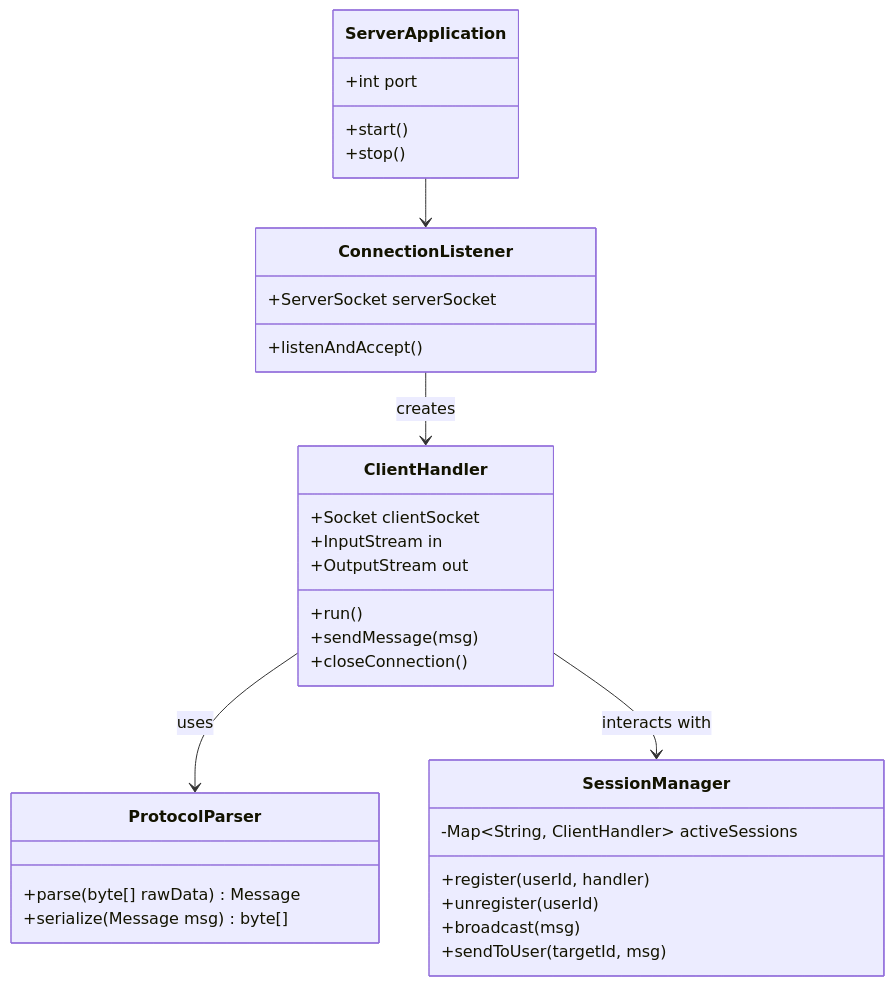
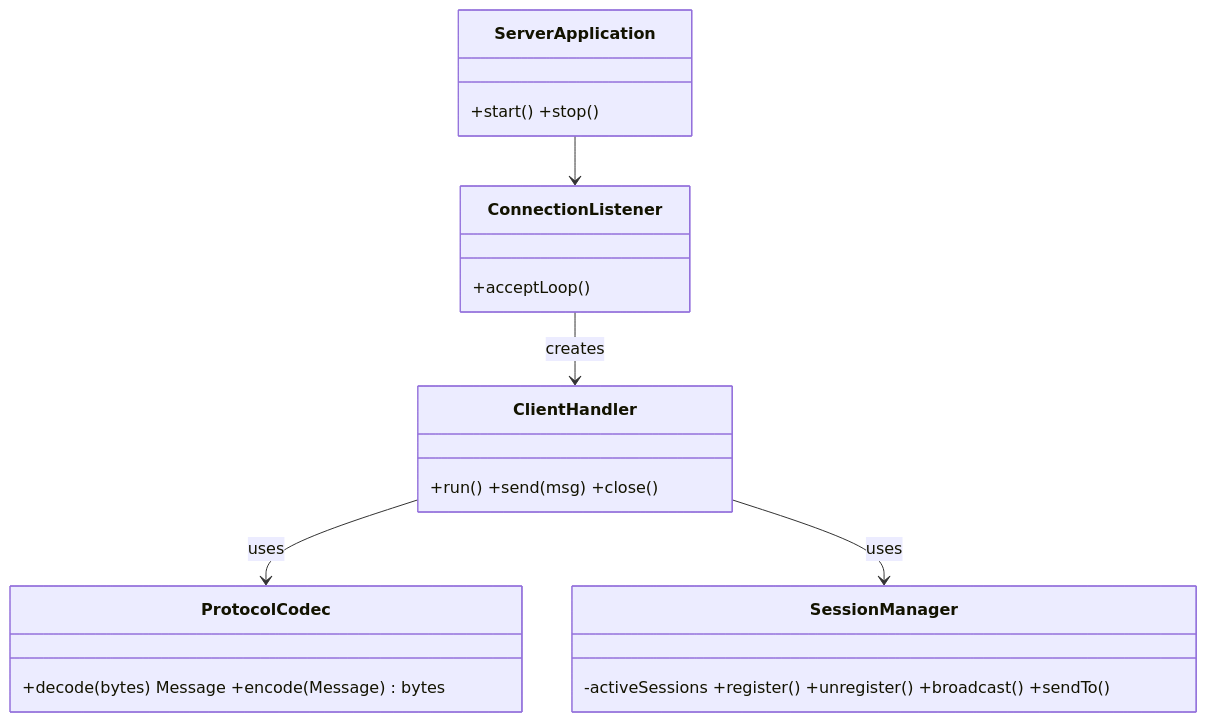
One commit to hungdn1701/network-programming-starter changed the second of 3 diagrams in docs/architecture.md. Above: the diagram before and after it, drawn with Mermaid. The commit also changed other lines of this file and 29 other files, not shown here.

````diff
--- a/docs/architecture.md
+++ b/docs/architecture.md
@@ -43,36 +42,12 @@
 ```mermaid
 classDiagram
-    class ServerApplication {
-        +int port
-        +start()
-        +stop()
-    }
-    class ConnectionListener {
-        +ServerSocket serverSocket
-        +listenAndAccept()
-    }
-    class ClientHandler {
-        +Socket clientSocket
-        +InputStream in
-        +OutputStream out
-        +run()
-        +sendMessage(msg)
-        +closeConnection()
-    }
-    class SessionManager {
-        -Map~String, ClientHandler~ activeSessions
-        +register(userId, handler)
-        +unregister(userId)
-        +broadcast(msg)
-        +sendToUser(targetId, msg)
-    }
-    class ProtocolParser {
-        +parse(byte[] rawData) Message
-        +serialize(Message msg) byte[]
-    }
-
+    class ServerApplication { +start() +stop() }
+    class ConnectionListener { +acceptLoop() }
+    class ClientHandler { +run() +send(msg) +close() }
+    class SessionManager { -activeSessions +register() +unregister() +broadcast() +sendTo() }
+    class ProtocolCodec { +decode(bytes) Message +encode(Message) bytes }
     ServerApplication --> ConnectionListener
     ConnectionListener --> ClientHandler : creates
-    ClientHandler --> ProtocolParser : uses
-    ClientHandler --> SessionManager : interacts with
+    ClientHandler --> ProtocolCodec : uses
+    ClientHandler --> SessionManager : uses
 ```
````
